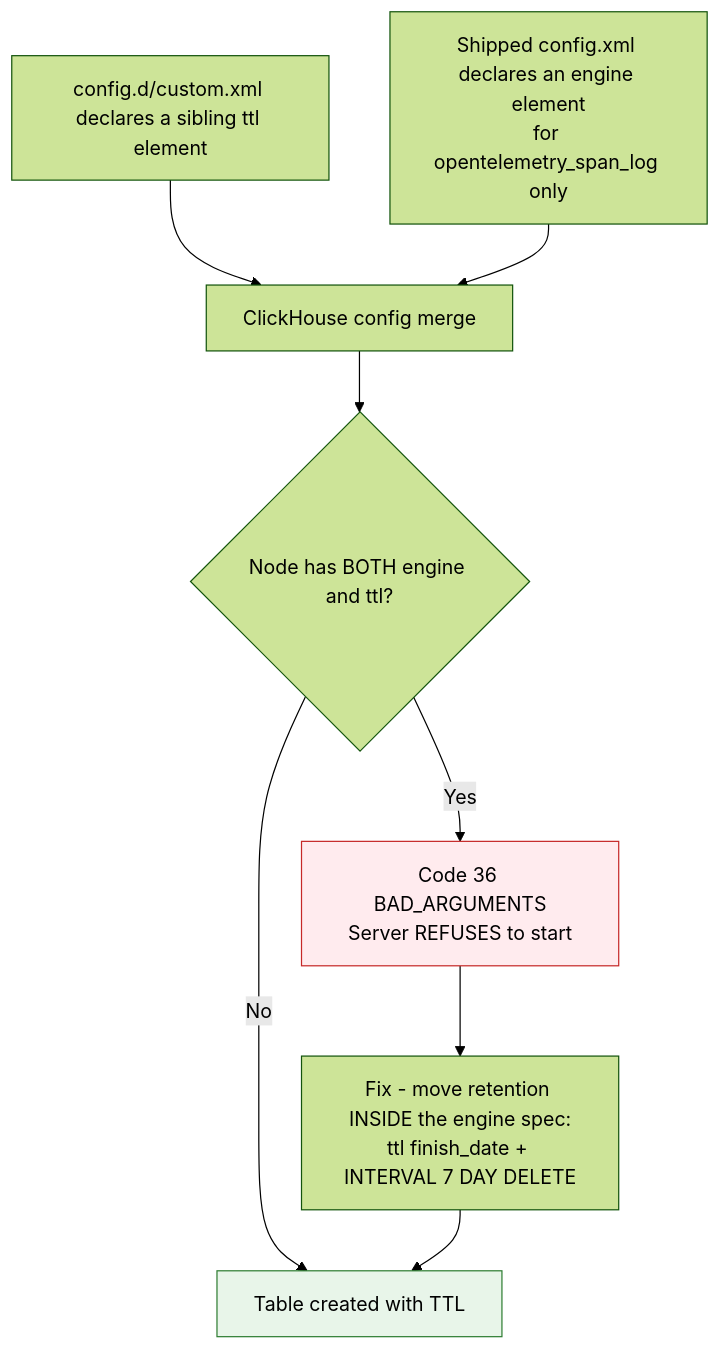
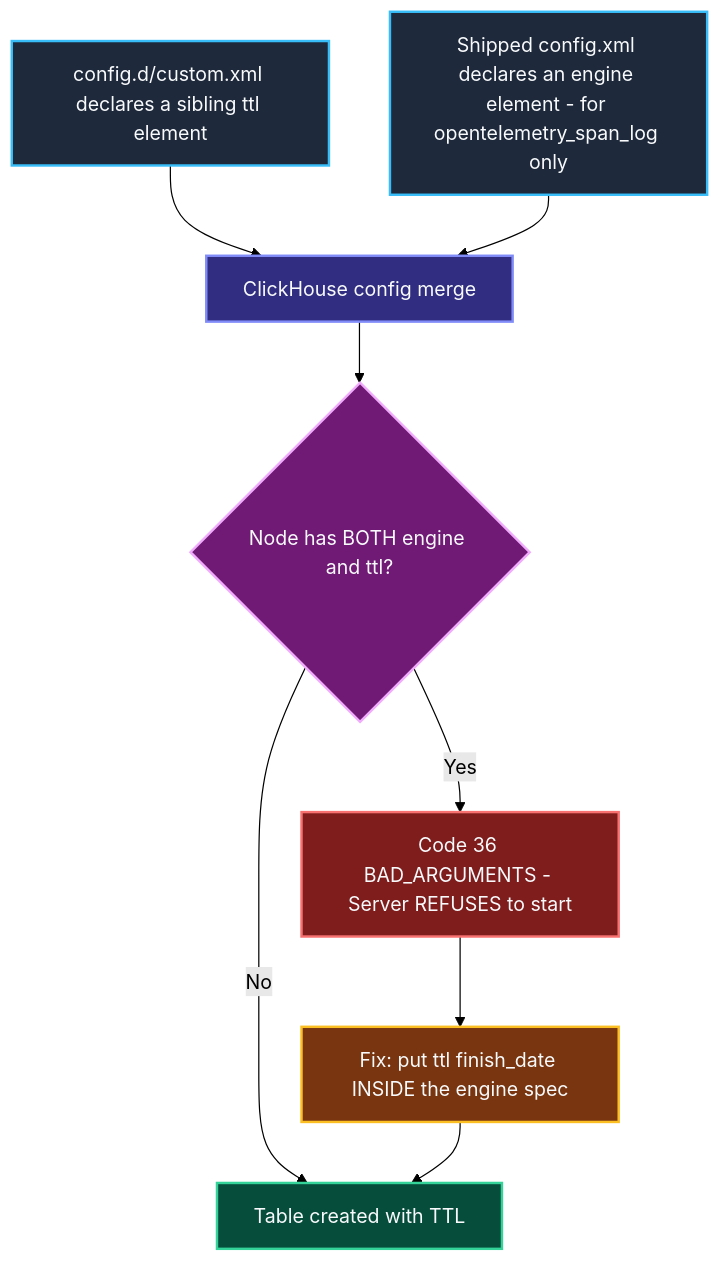
Before and after one commit to Chief-Strategist-J/llm-obs-infra: diagram 14 of 17 in docs/configDoc/clickhouse-configuration-guide.md, drawn with Mermaid (forest theme). The commit also changed other lines of this file, not shown here.

First line of the commit message:
fix(clickhouse-docs): repair Mermaid rendering, colour all diagrams, strip pseudocode comments

````diff
--- a/docs/configDoc/clickhouse-configuration-guide.md
+++ b/docs/configDoc/clickhouse-configuration-guide.md
@@ -1395,14 +1521,19 @@
 ```mermaid
 graph TB
     A["config.d/custom.xml declares a sibling ttl element"] --> M["ClickHouse config merge"]
-    B["Shipped config.xml declares an engine element<br/>for opentelemetry_span_log only"] --> M
+    B["Shipped config.xml declares an engine element - for opentelemetry_span_log only"] --> M
     M --> C{"Node has BOTH engine and ttl?"}
-    C -->|Yes| D["Code 36 BAD_ARGUMENTS<br/>Server REFUSES to start"]
+    C -->|Yes| D["Code 36 BAD_ARGUMENTS - Server REFUSES to start"]
     C -->|No| E["Table created with TTL"]
 
-    D --> F["Fix - move retention INSIDE the engine spec:<br/>ttl finish_date + INTERVAL 7 DAY DELETE"]
+    D --> F["Fix: put ttl finish_date INSIDE the engine spec"]
     F --> E
 
-    style D fill:#ffebee,stroke:#c62828
-    style E fill:#e8f5e9,stroke:#2e7d32
+    style A fill:#1e293b,stroke:#38bdf8,stroke-width:2px,color:#f8fafc
+    style B fill:#1e293b,stroke:#38bdf8,stroke-width:2px,color:#f8fafc
+    style M fill:#312e81,stroke:#818cf8,stroke-width:2px,color:#f8fafc
+    style C fill:#701a75,stroke:#f0abfc,stroke-width:2px,color:#f8fafc
+    style D fill:#7f1d1d,stroke:#f87171,stroke-width:2px,color:#f8fafc
+    style E fill:#064e3b,stroke:#34d399,stroke-width:2px,color:#f8fafc
+    style F fill:#78350f,stroke:#fbbf24,stroke-width:2px,color:#f8fafc
 ```
````
